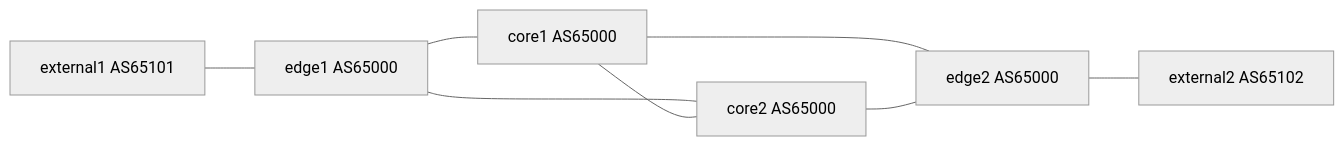
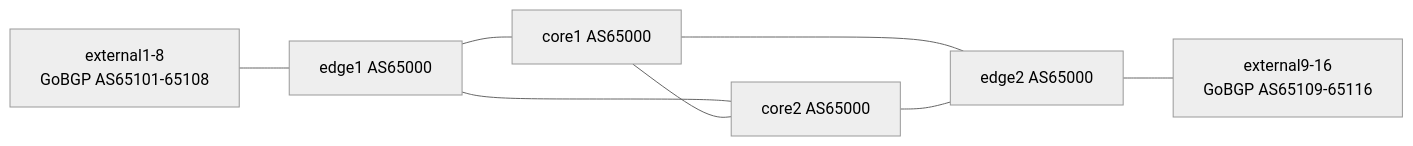
One commit to tnoha/clab-observability-poc changed the first of 2 diagrams in README.md. Above: the diagram before and after it, drawn with Mermaid (neutral theme). The commit also changed other lines of this file and 19 other files, not shown here.

Commit message:
Add dynamic GoBGP external injectors and observability validation

````diff
--- a/README.md
+++ b/README.md
@@ -5,10 +5,10 @@
 ```mermaid
 flowchart LR
-  X1[external1 AS65101] --- E1[edge1 AS65000]
+  X1[external1-8<br/>GoBGP AS65101-65108] --- E1[edge1 AS65000]
   E1 --- C1[core1 AS65000]
   E1 --- C2[core2 AS65000]
   C1 --- C2
   C1 --- E2[edge2 AS65000]
   C2 --- E2
-  E2 --- X2[external2 AS65102]
+  E2 --- X2[external9-16<br/>GoBGP AS65109-65116]
 ```
````
